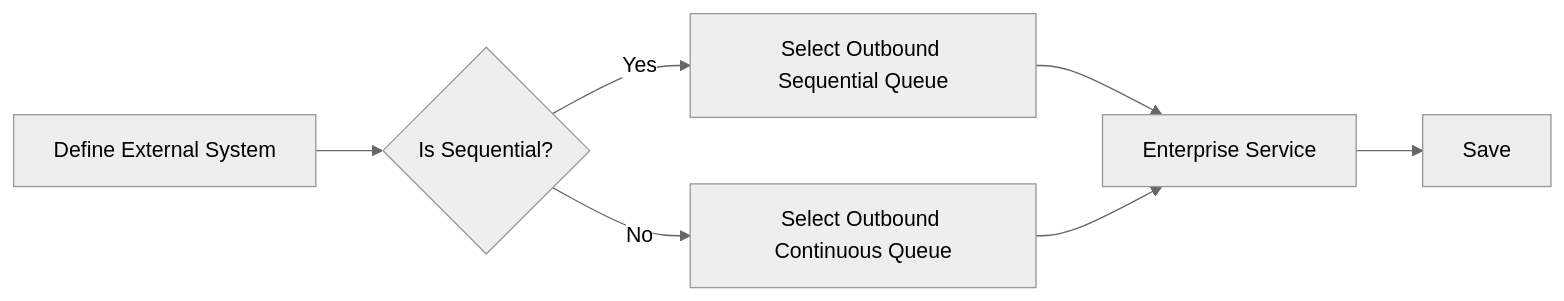
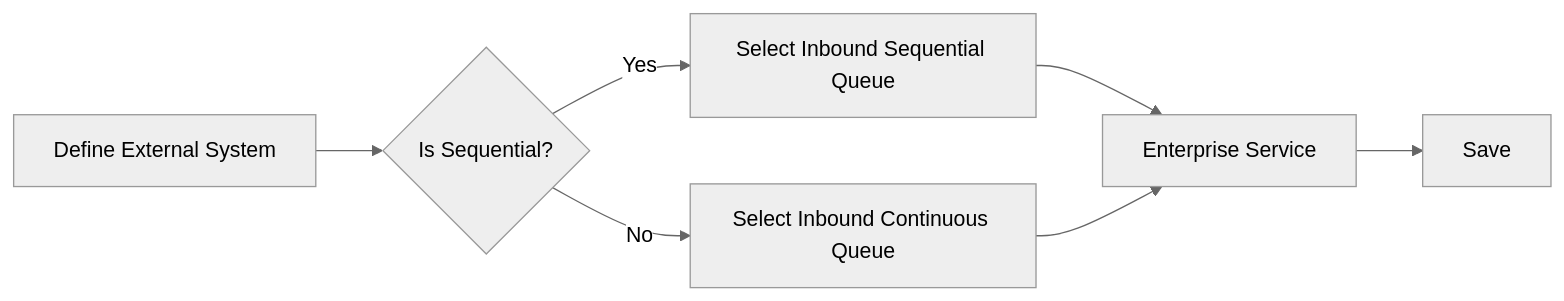
One commit to codersyacht/maximo-knowledge-center changed the second of 2 diagrams in maximo/docs/integration/external-systems.md. Above: the diagram before and after it, drawn with Mermaid (neutral theme).

Commit message:
external-systems

````diff
--- a/maximo/docs/integration/external-systems.md
+++ b/maximo/docs/integration/external-systems.md
@@ -41,9 +41,9 @@
 ```mermaid
 graph LR
 A[Define External System] --> B{Is Sequential?}
-B --> |Yes| C[Select Outbound Sequential Queue]
-B --> |No| D[Select Outbound Continuous Queue]
+B --> |Yes| C[Select Inbound Sequential Queue]
+B --> |No| D[Select Inbound Continuous Queue]
 C --> E[Enterprise Service]
 D --> E
 E --> F[Save]
 ```
````
